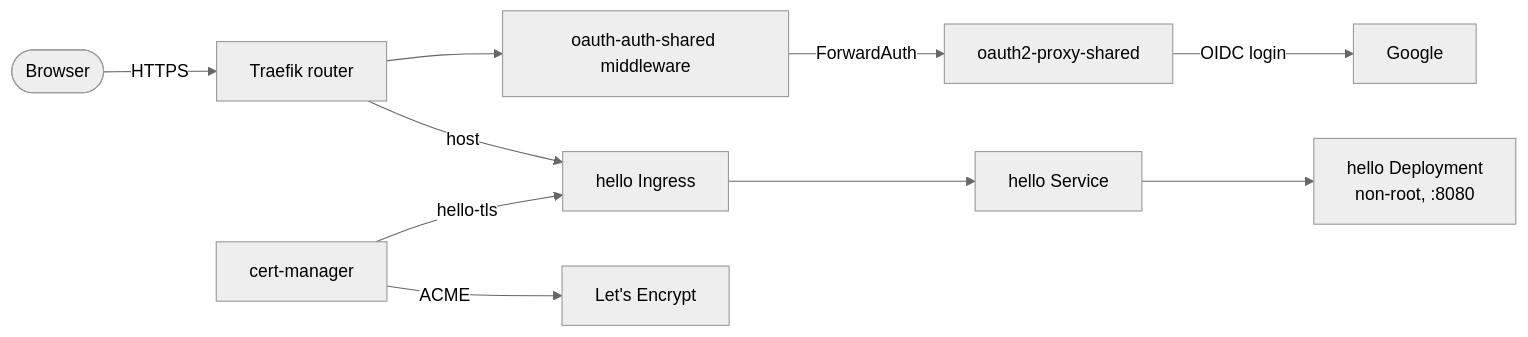
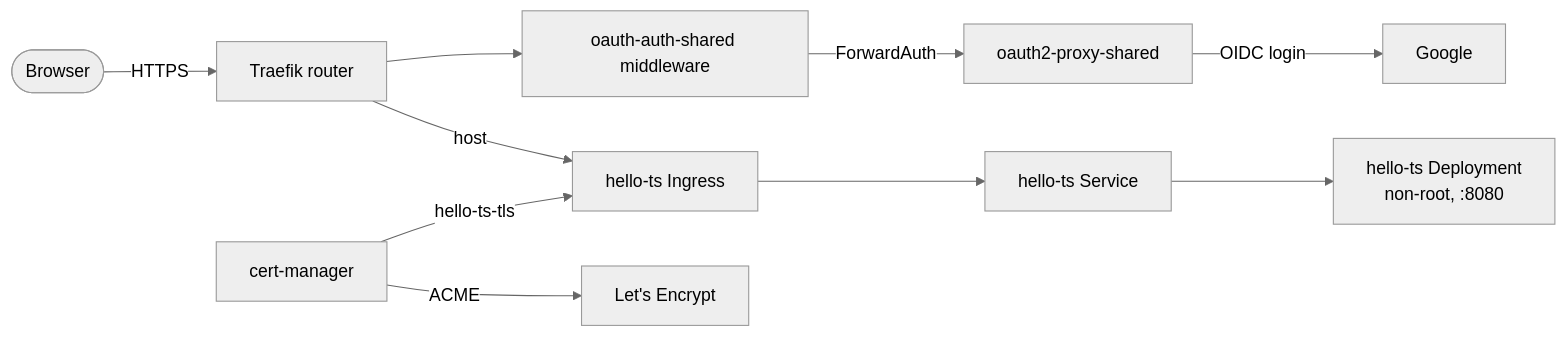
The fifth of 5 diagrams in docs/architecture.md (samclement/swhurl-platform), drawn with Mermaid (neutral theme) before and after one commit. The commit also changed other lines of this file and 20 other files, not shown here.

````diff
--- a/docs/architecture.md
+++ b/docs/architecture.md
@@ -212,10 +212,10 @@
 ```mermaid
 flowchart LR
   browser([Browser]) -- HTTPS --> router[Traefik router]
   router --> mw[oauth-auth-shared middleware]
   mw -- ForwardAuth --> proxy[oauth2-proxy-shared]
   proxy -- OIDC login --> google[Google]
-  router -- host --> ingress[hello Ingress] --> svc[hello Service] --> pod[hello Deployment<br/>non-root, :8080]
+  router -- host --> ingress[hello-ts Ingress] --> svc[hello-ts Service] --> pod[hello-ts Deployment<br/>non-root, :8080]
   cm[cert-manager] -- ACME --> le["Let's Encrypt"]
-  cm -- hello-tls --> ingress
+  cm -- hello-ts-tls --> ingress
 ```
````
